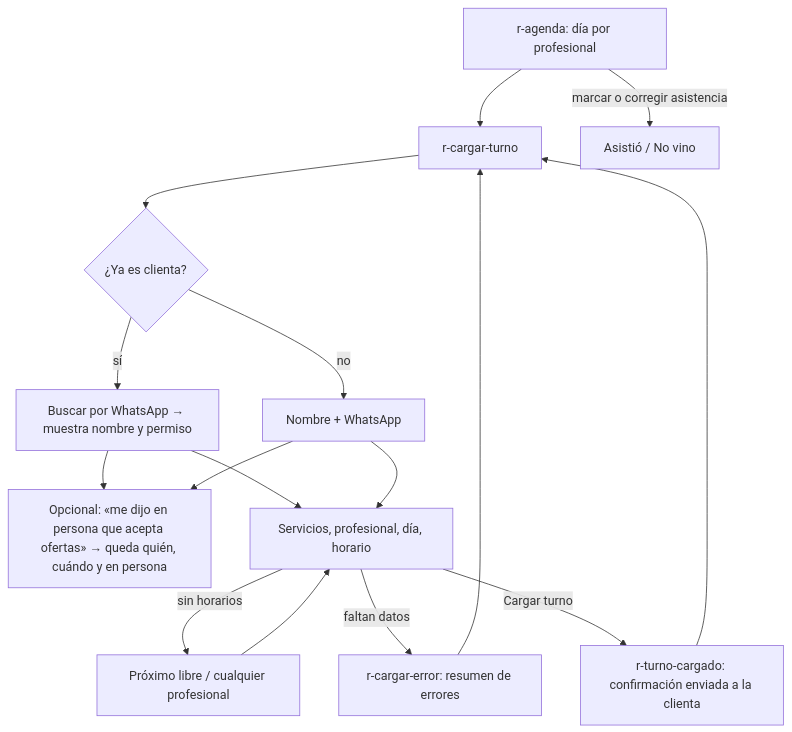
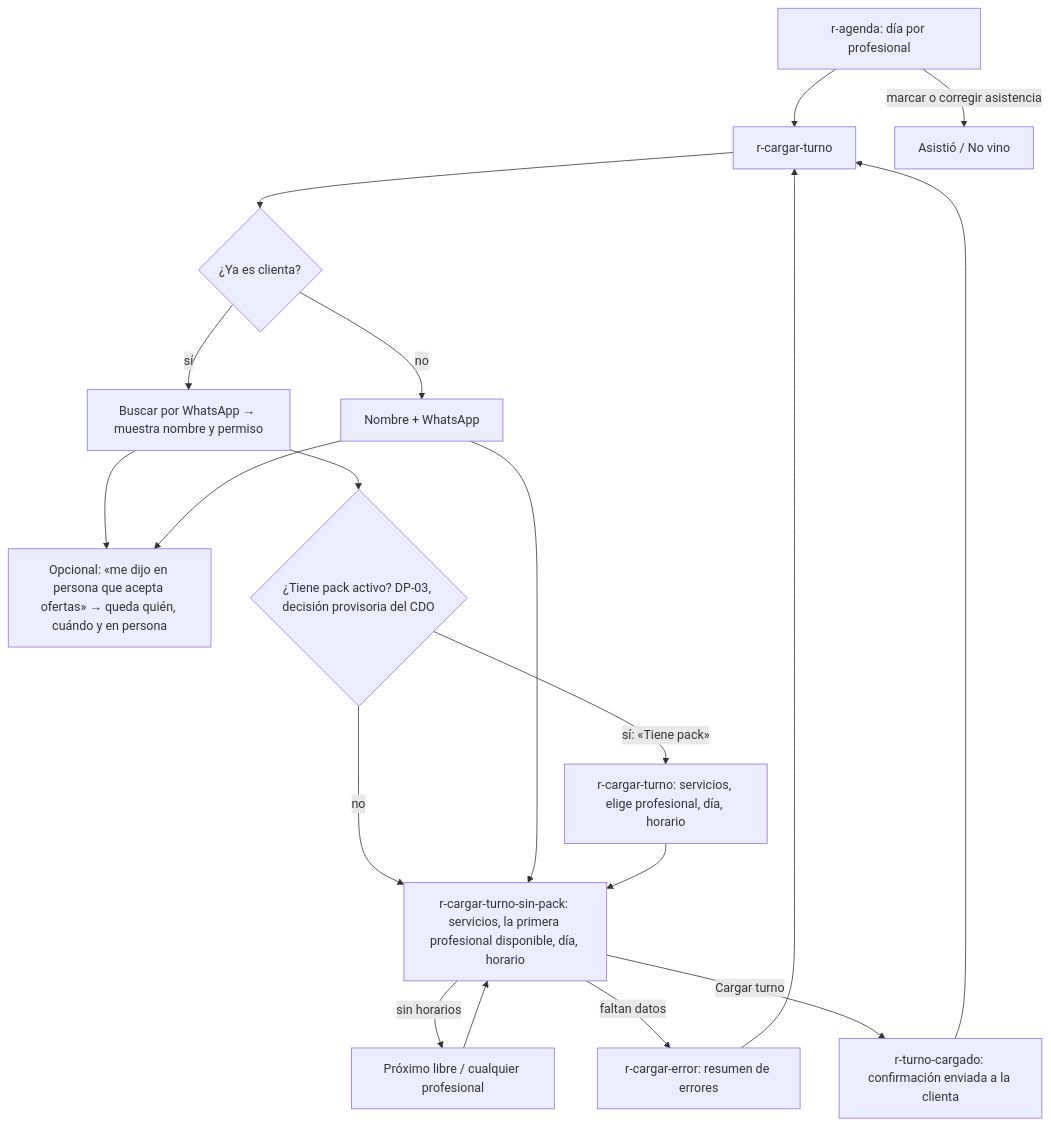
Before and after one commit to gm2dev/coop-agents-design: the seventh of 8 diagrams in initiatives/spa-reservas-mvp/flows.md, drawn with Mermaid. The commit also changed other lines of this file and 26 other files, not shown here.

````diff
--- a/initiatives/spa-reservas-mvp/flows.md
+++ b/initiatives/spa-reservas-mvp/flows.md
@@ -111,16 +114,19 @@
 ```mermaid
 flowchart TD
   A[r-agenda: día por profesional] --> F[r-cargar-turno]
   F --> Q{¿Ya es clienta?}
   Q -->|sí| T[Buscar por WhatsApp → muestra nombre y permiso]
   Q -->|no| N[Nombre + WhatsApp]
   T --> OP[Opcional: «me dijo en persona que acepta ofertas» → queda quién, cuándo y en persona]
   N --> OP
-  T --> S[Servicios, profesional, día, horario]
+  T --> PK{¿Tiene pack activo? DP-03, decisión provisoria del CDO}
+  PK -->|sí: «Tiene pack»| SP[r-cargar-turno: servicios, elige profesional, día, horario]
+  PK -->|no| S[r-cargar-turno-sin-pack: servicios, la primera profesional disponible, día, horario]
   N --> S
+  SP --> S
   S -->|sin horarios| S1[Próximo libre / cualquier profesional] --> S
   A -->|marcar o corregir asistencia| AA[Asistió / No vino]
   S -->|faltan datos| E[r-cargar-error: resumen de errores] --> F
   S -->|Cargar turno| OK[r-turno-cargado: confirmación enviada a la clienta]
   OK --> F
 ```
````
